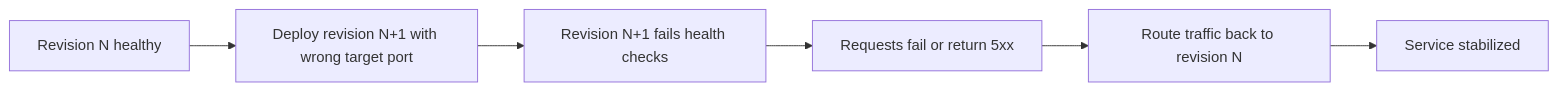
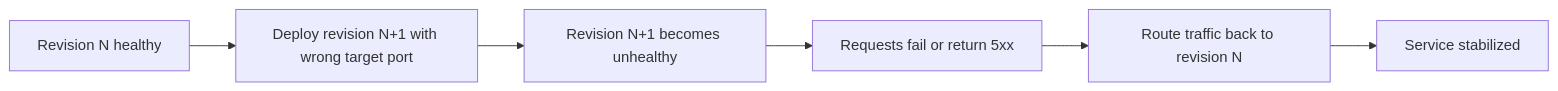
Before and after one commit to yeongseon/azure-container-apps-practical-guide: the diagram in docs/troubleshooting/lab-guides/revision-failover.md, drawn with Mermaid. The commit also changed other lines of this file and 24 other files, not shown here.

````diff
--- a/docs/troubleshooting/lab-guides/revision-failover.md
+++ b/docs/troubleshooting/lab-guides/revision-failover.md
@@ -71,8 +23,8 @@
 ```mermaid
 flowchart LR
     A[Revision N healthy] --> B[Deploy revision N+1 with wrong target port]
-    B --> C[Revision N+1 fails health checks]
+    B --> C[Revision N+1 becomes unhealthy]
     C --> D[Requests fail or return 5xx]
     D --> E[Route traffic back to revision N]
     E --> F[Service stabilized]
 ```
````
